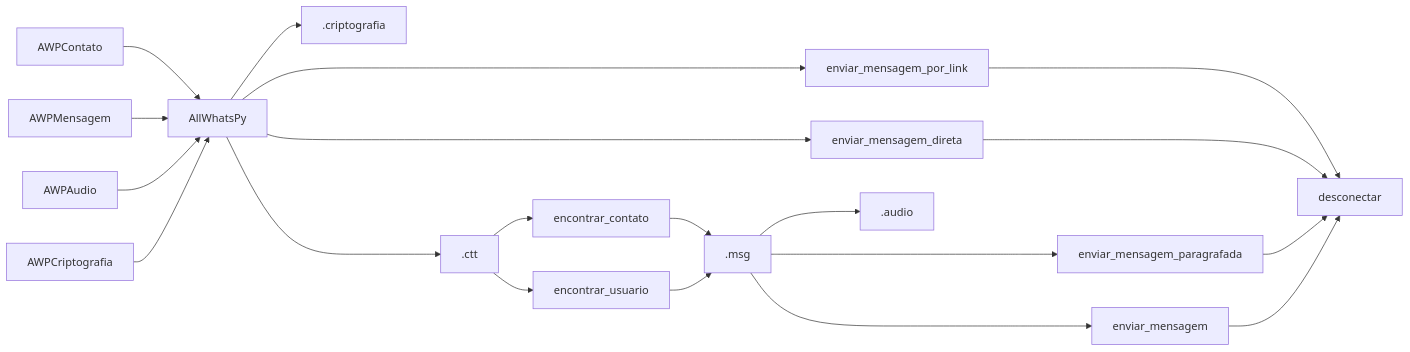
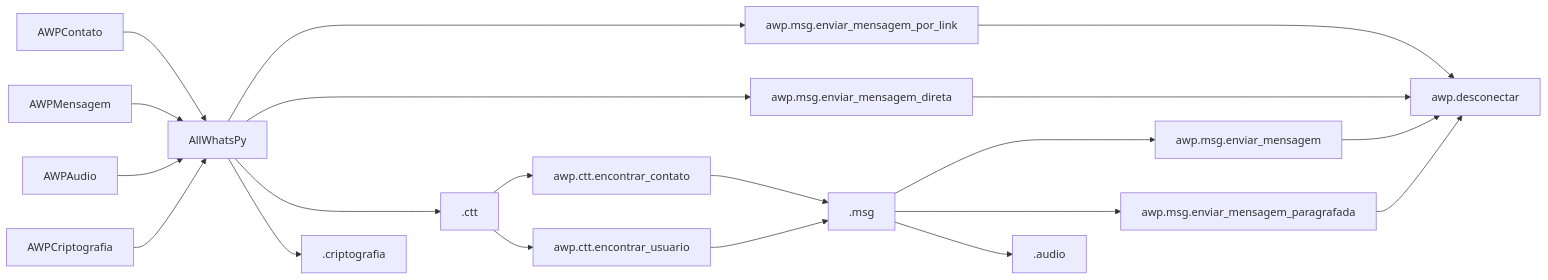
One commit to DevLucasLourenco/AllWhatsPy changed the first of 2 diagrams in utilidades/mermaidnew.md. Above: the diagram before and after it, drawn with Mermaid. The commit also changed other lines of this file, not shown here.

````diff
--- a/utilidades/mermaidnew.md
+++ b/utilidades/mermaidnew.md
@@ -1,34 +1,35 @@
 ```mermaid
 flowchart LR
   AWPContato  --> AllWhatsPy
   AWPMensagem --> AllWhatsPy
   AWPAudio --> AllWhatsPy
   AWPCriptografia --> AllWhatsPy
 
-  AllWhatsPy ----> enviar_mensagem_por_link 
-  AllWhatsPy ----> enviar_mensagem_direta
+  AllWhatsPy ----> awp.msg.enviar_mensagem_por_link 
+  AllWhatsPy ----> awp.msg.enviar_mensagem_direta
 
-  enviar_mensagem_por_link ----> desconectar
-  enviar_mensagem_direta ----> desconectar
+  awp.msg.enviar_mensagem_por_link ----> awp.desconectar
+  awp.msg.enviar_mensagem_direta ----> awp.desconectar
 
   AllWhatsPy ---> .ctt
-  AllWhatsPy --> .criptografia
+  AllWhatsPy --> .criptografia 
   
-  .ctt --> encontrar_contato
-  .ctt --> encontrar_usuario
+  .ctt --> awp.ctt.encontrar_contato
+  .ctt --> awp.ctt.encontrar_usuario
   
-  encontrar_contato --> .msg
-  encontrar_usuario --> .msg
+  awp.ctt.encontrar_contato --> .msg
+  awp.ctt.encontrar_usuario --> .msg
 
-  .msg --> .audio
 
-  .msg ----> enviar_mensagem
-  .msg ----> enviar_mensagem_paragrafada
+  .msg ---> awp.msg.enviar_mensagem
+  .msg ---> awp.msg.enviar_mensagem_paragrafada
 
-  enviar_mensagem_paragrafada --> desconectar
-  enviar_mensagem --> desconectar
+  .msg --> .audio 
+
+  awp.msg.enviar_mensagem_paragrafada --> awp.desconectar
+  awp.msg.enviar_mensagem --> awp.desconectar
 
 
 
 
 ```
````
